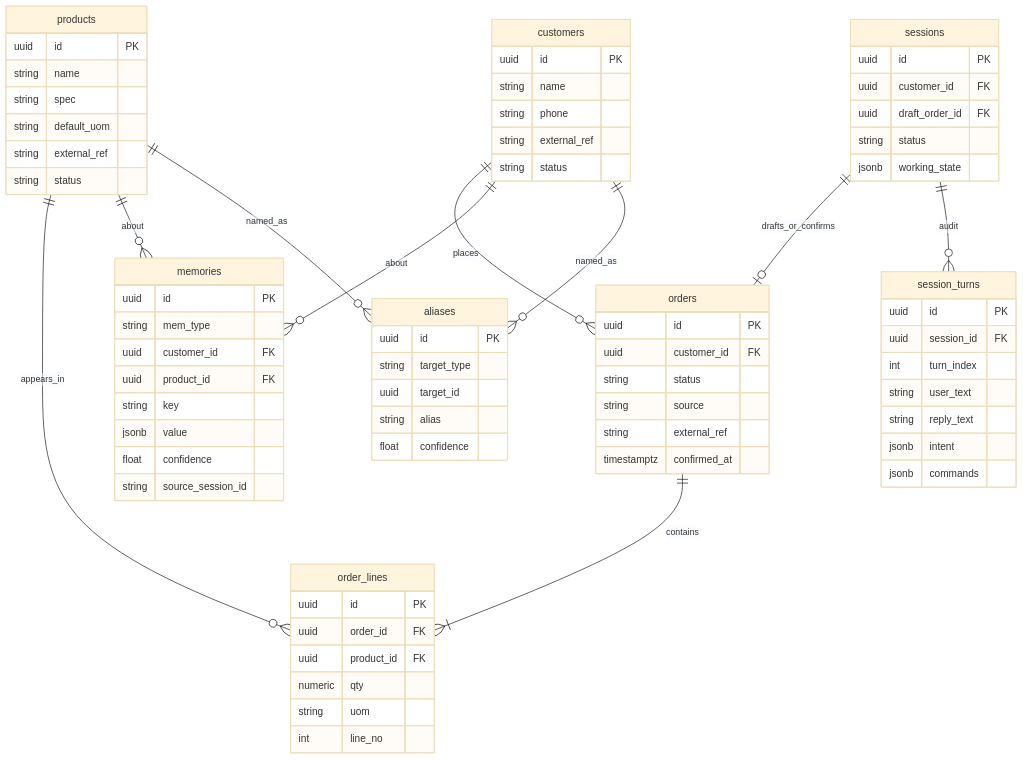
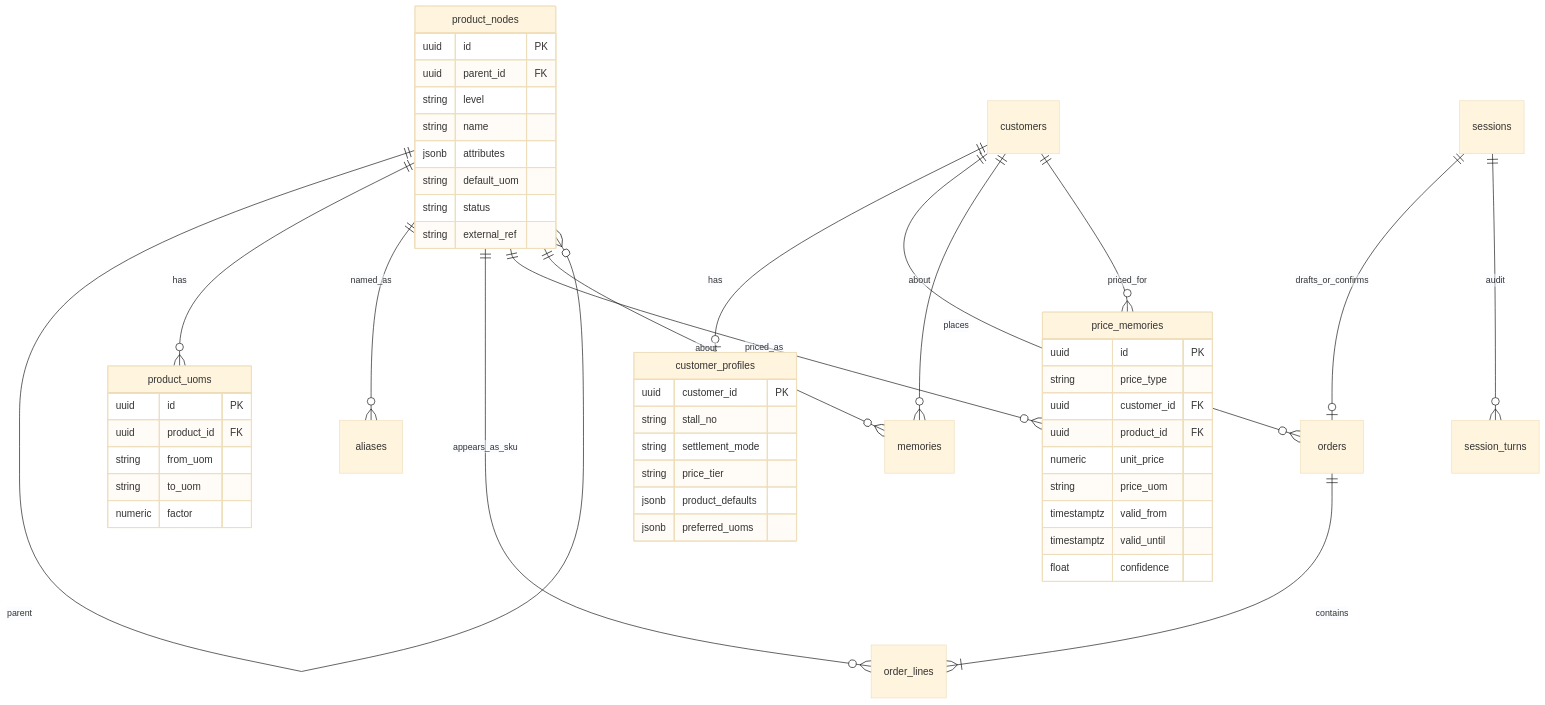
The first of 2 diagrams in docs/DESIGN.md (hanzezheng/ai-order-clerk), drawn with Mermaid (base theme) before and after one commit. The commit also changed other lines of this file, not shown here.

````diff
--- a/docs/DESIGN.md
+++ b/docs/DESIGN.md
@@ -154,77 +210,53 @@
 ```mermaid
 erDiagram
+  product_nodes ||--o{ product_nodes : parent
+  product_nodes ||--o{ product_uoms : has
+  product_nodes ||--o{ aliases : named_as
+  product_nodes ||--o{ order_lines : appears_as_sku
+  customers ||--o| customer_profiles : has
   customers ||--o{ orders : places
   customers ||--o{ memories : about
-  products ||--o{ order_lines : appears_in
-  products ||--o{ memories : about
+  customers ||--o{ price_memories : priced_for
+  product_nodes ||--o{ price_memories : priced_as
+  product_nodes ||--o{ memories : about
   orders ||--|{ order_lines : contains
   sessions ||--o| orders : drafts_or_confirms
   sessions ||--o{ session_turns : audit
-  customers ||--o{ aliases : named_as
-  products ||--o{ aliases : named_as
 
-  customers {
+  product_nodes {
     uuid id PK
+    uuid parent_id FK
+    string level
     string name
-    string phone
+    jsonb attributes
+    string default_uom
+    string status
     string external_ref
-    string status
   }
-  products {
+  product_uoms {
     uuid id PK
-    string name
-    string spec
-    string default_uom
-    string external_ref
-    string status
+    uuid product_id FK
+    string from_uom
+    string to_uom
+    numeric factor
   }
-  aliases {
+  customer_profiles {
+    uuid customer_id PK
+    string stall_no
+    string settlement_mode
+    string price_tier
+    jsonb product_defaults
+    jsonb preferred_uoms
+  }
+  price_memories {
     uuid id PK
-    string target_type
-    uuid target_id
-    string alias
+    string price_type
+    uuid customer_id FK
+    uuid product_id FK
+    numeric unit_price
+    string price_uom
+    timestamptz valid_from
+    timestamptz valid_until
     float confidence
   }
-  sessions {
-    uuid id PK
-    uuid customer_id FK
-    uuid draft_order_id FK
-    string status
-    jsonb working_state
-  }
-  orders {
-    uuid id PK
-    uuid customer_id FK
-    string status
-    string source
-    string external_ref
-    timestamptz confirmed_at
-  }
-  order_lines {
-    uuid id PK
-    uuid order_id FK
-    uuid product_id FK
-    numeric qty
-    string uom
-    int line_no
-  }
-  memories {
-    uuid id PK
-    string mem_type
-    uuid customer_id FK
-    uuid product_id FK
-    string key
-    jsonb value
-    float confidence
-    string source_session_id
-  }
-  session_turns {
-    uuid id PK
-    uuid session_id FK
-    int turn_index
-    string user_text
-    string reply_text
-    jsonb intent
-    jsonb commands
-  }
 ```
````
